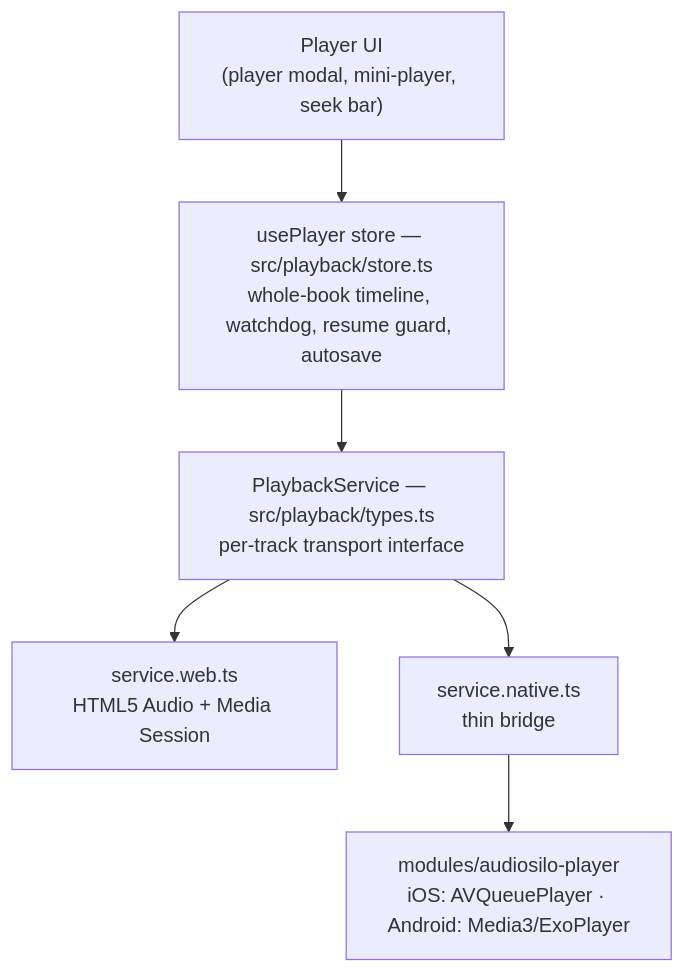
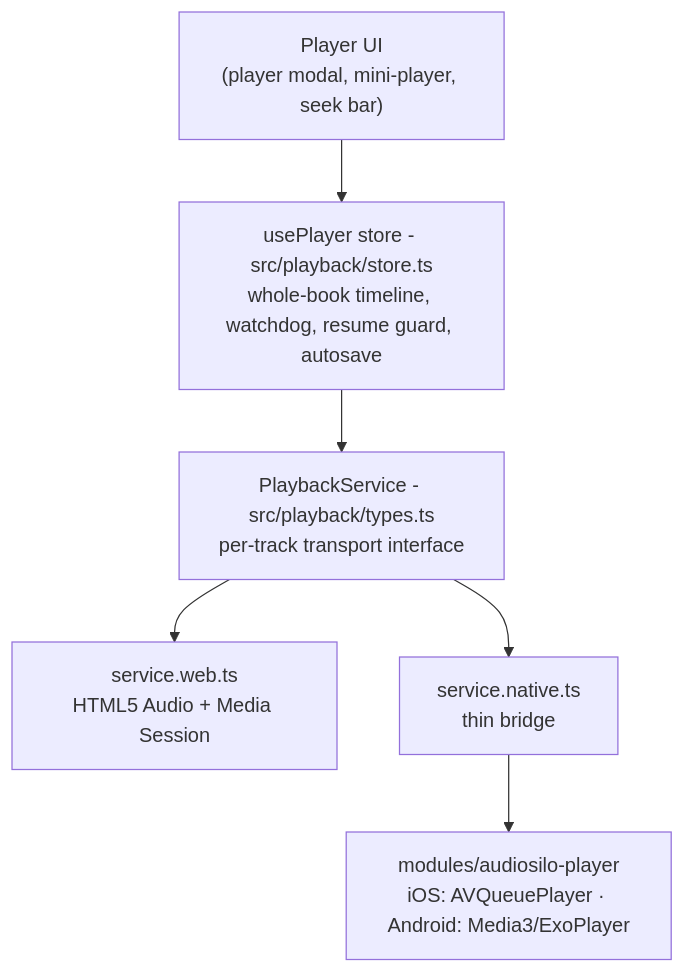
The first of 2 diagrams in docs-developers/frontend/playback.md (KodeStar/audiosilo-docs), drawn with Mermaid before and after one commit. The commit also changed other lines of this file and 57 other files, not shown here.

````diff
--- a/docs-developers/frontend/playback.md
+++ b/docs-developers/frontend/playback.md
@@ -9,12 +9,12 @@
 ```mermaid
 flowchart TD
     ui["Player UI<br/>(player modal, mini-player, seek bar)"]
-    store["usePlayer store — src/playback/store.ts<br/>whole-book timeline, watchdog, resume guard, autosave"]
-    svc["PlaybackService — src/playback/types.ts<br/>per-track transport interface"]
+    store["usePlayer store - src/playback/store.ts<br/>whole-book timeline, watchdog, resume guard, autosave"]
+    svc["PlaybackService - src/playback/types.ts<br/>per-track transport interface"]
     web["service.web.ts<br/>HTML5 Audio + Media Session"]
     native["service.native.ts<br/>thin bridge"]
     mod["modules/audiosilo-player<br/>iOS: AVQueuePlayer · Android: Media3/ExoPlayer"]
     ui --> store --> svc
     svc --> web
     svc --> native --> mod
 ```
````
